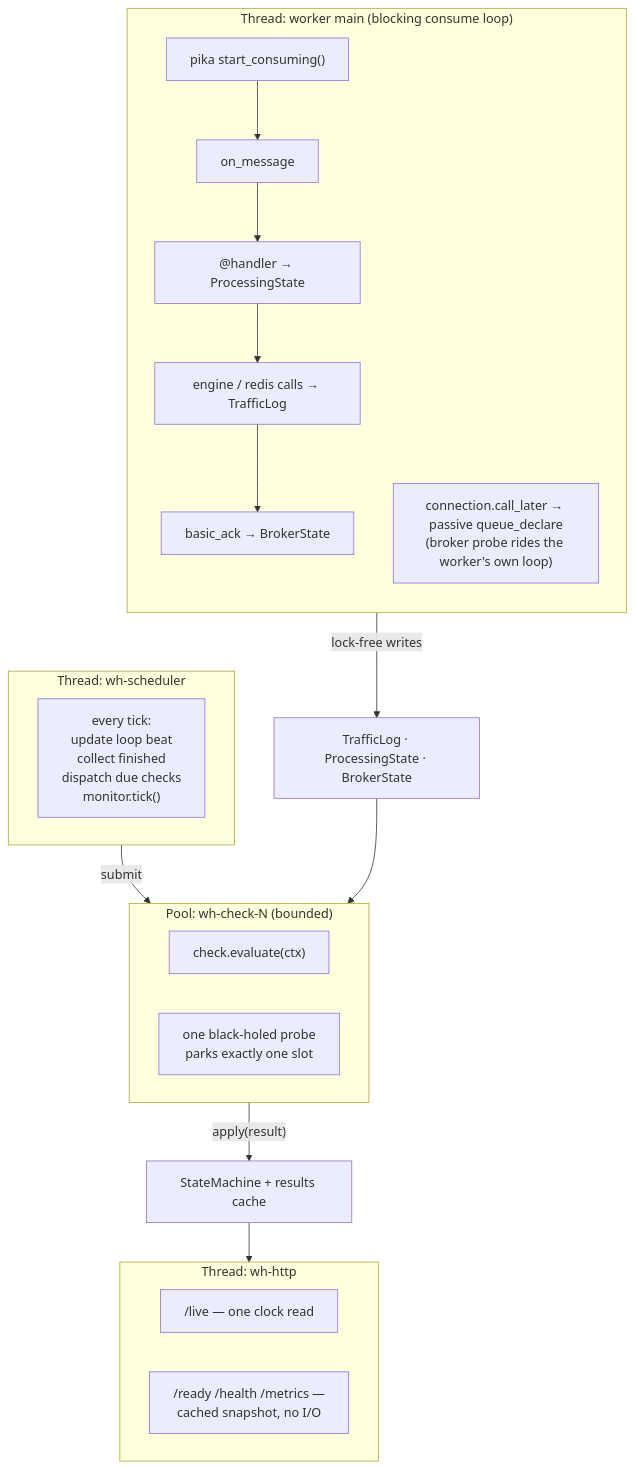
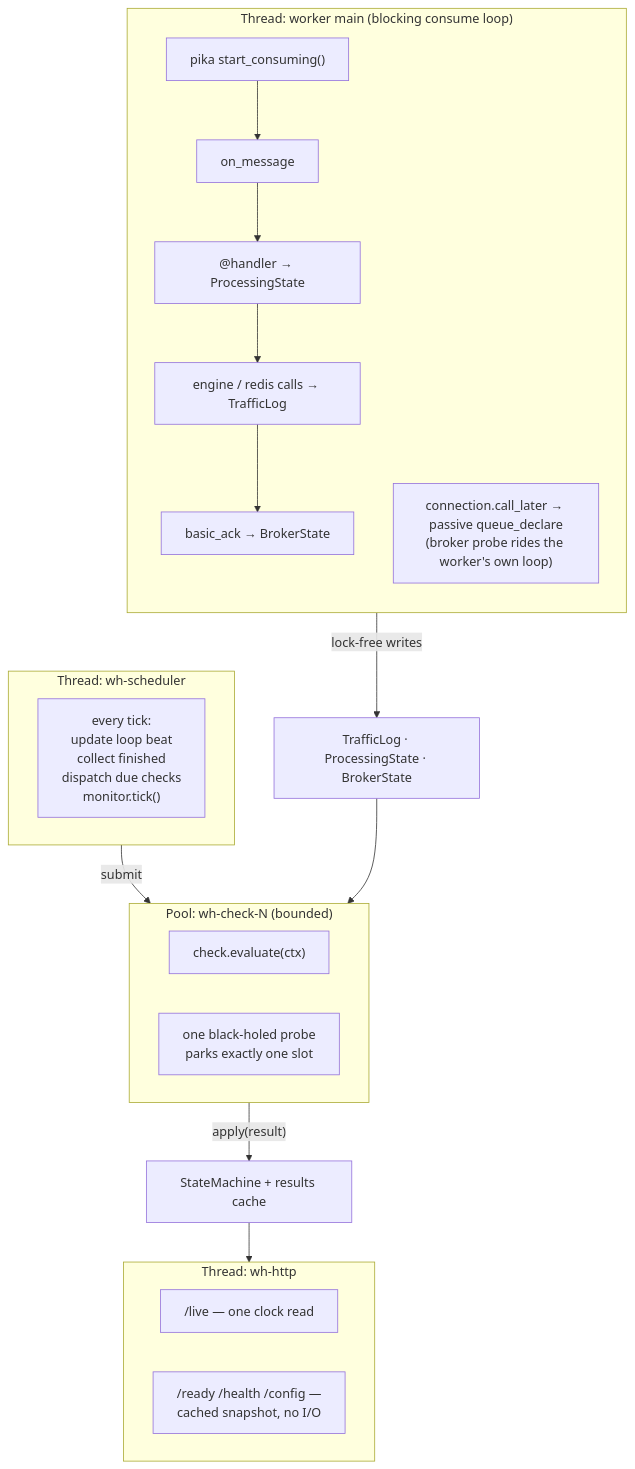
Before and after one commit to 3dwag98/health-mon: the fifth of 15 diagrams in docs/ARCHITECTURE.md, drawn with Mermaid. The commit also changed other lines of this file and 52 other files, not shown here.

````diff
--- a/docs/ARCHITECTURE.md
+++ b/docs/ARCHITECTURE.md
@@ -271,30 +274,30 @@
 ```mermaid
 flowchart TB
     subgraph T1["Thread: worker main (blocking consume loop)"]
         direction TB
         W1["pika start_consuming()"] --> W2["on_message"] --> W3["@handler → ProcessingState"]
         W3 --> W4["engine / redis calls → TrafficLog"]
         W4 --> W5["basic_ack → BrokerState"]
         W6["connection.call_later → passive queue_declare<br/>(broker probe rides the worker's own loop)"]
     end
 
     subgraph T2["Thread: wh-scheduler"]
         S1["every tick:<br/>update loop beat<br/>collect finished<br/>dispatch due checks<br/>monitor.tick()"]
     end
 
     subgraph T3["Pool: wh-check-N (bounded)"]
         C1["check.evaluate(ctx)"]
         C2["one black-holed probe<br/>parks exactly one slot"]
     end
 
     subgraph T4["Thread: wh-http"]
         H1["/live — one clock read"]
-        H2["/ready /health /metrics —<br/>cached snapshot, no I/O"]
+        H2["/ready /health /config —<br/>cached snapshot, no I/O"]
     end
 
     T2 -->|submit| T3
     T3 -->|"apply(result)"| SMx["StateMachine + results cache"]
     T1 -->|"lock-free writes"| STATE["TrafficLog · ProcessingState · BrokerState"]
     STATE --> T3
     SMx --> T4
 ```
````
